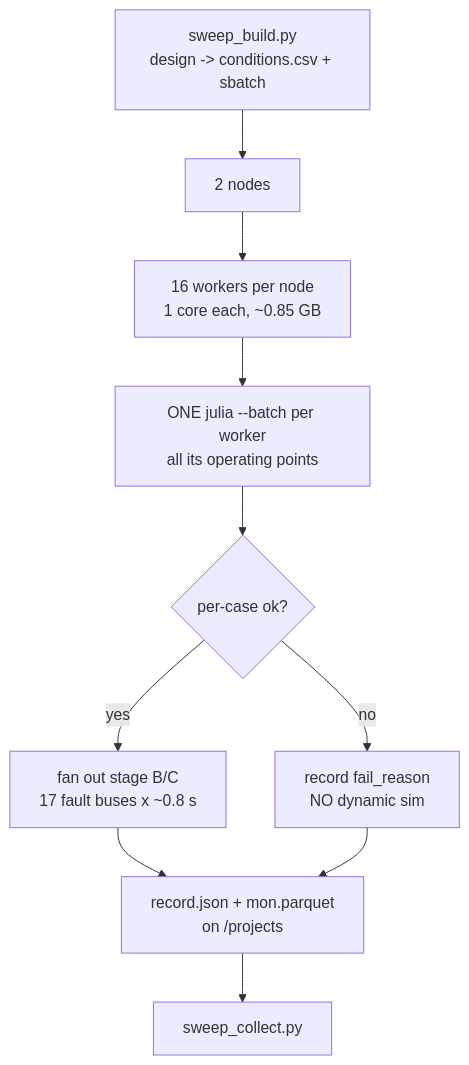
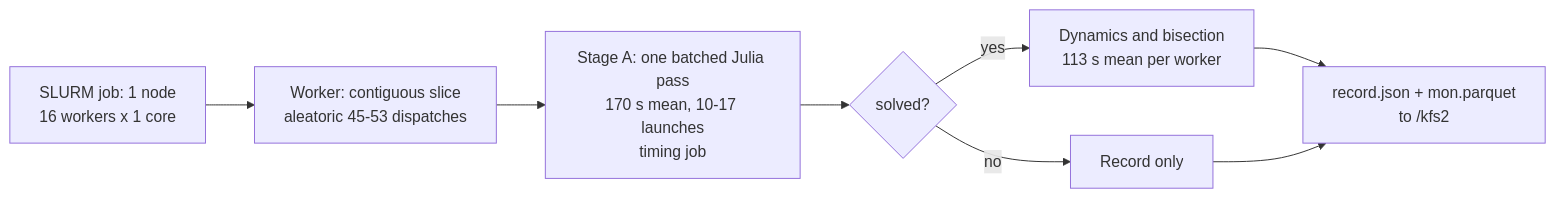
Before and after one commit to ORNL/GridKit: the fourth of 4 diagrams in uq-usecase/work-notes/datacenter_pilot_report.md, drawn with Mermaid. The commit also changed other lines of this file and 54 other files, not shown here.

````diff
--- a/uq-usecase/work-notes/datacenter_pilot_report.md
+++ b/uq-usecase/work-notes/datacenter_pilot_report.md
@@ -345,12 +563,10 @@
 ```mermaid
-flowchart TD
-    A[sweep_build.py<br/>design -> conditions.csv + sbatch] --> B[2 nodes]
-    B --> C[16 workers per node<br/>1 core each, ~0.85 GB]
-    C --> D["ONE julia --batch per worker<br/>all its operating points"]
-    D --> E{per-case ok?}
-    E -->|no| F[record fail_reason<br/>NO dynamic sim]
-    E -->|yes| G["fan out stage B/C<br/>17 fault buses x ~0.8 s"]
-    G --> H[record.json + mon.parquet<br/>on /projects]
-    F --> H
-    H --> I[sweep_collect.py]
+flowchart LR
+    J[SLURM job: 1 node<br/>16 workers x 1 core] --> S[Worker: contiguous slice<br/>aleatoric 45-53 dispatches]
+    S --> A[Stage A: one batched Julia pass<br/>170 s mean, 10-17 launches<br/>timing job]
+    A --> B{solved?}
+    B -->|yes| C[Dynamics and bisection<br/>113 s mean per worker]
+    B -->|no| D[Record only]
+    C --> E[record.json + mon.parquet<br/>to /kfs2]
+    D --> E
 ```
````
